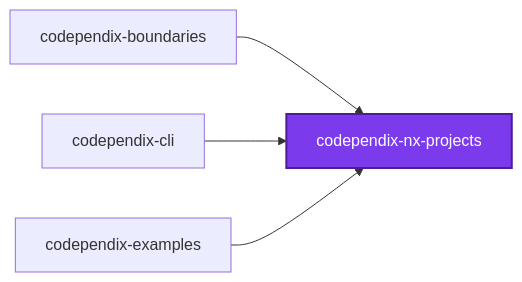
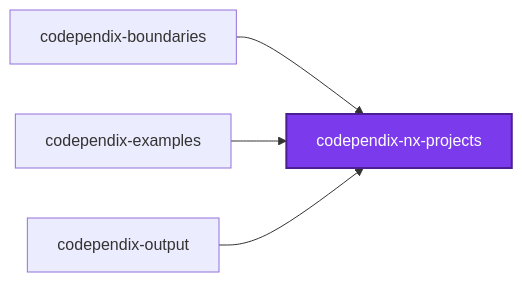
The first of 3 diagrams in packages/ic-suite/codependix/codependix-nx-projects/README.md (JimmyPaolini/codebase), drawn with Mermaid before and after one commit. The commit also changed 16 other files, not shown here.

Commit message:
refactor(codependix): ♻️ measure the moved size limits and regenerate the module graphs

````diff
--- a/packages/ic-suite/codependix/codependix-nx-projects/README.md
+++ b/packages/ic-suite/codependix/codependix-nx-projects/README.md
@@ -14,12 +14,12 @@
 ```mermaid
 graph LR
   codependix_boundaries["codependix-boundaries"]
-  codependix_cli["codependix-cli"]
   codependix_examples["codependix-examples"]
   codependix_nx_projects["codependix-nx-projects"]
+  codependix_output["codependix-output"]
   codependix_boundaries --> codependix_nx_projects
-  codependix_cli --> codependix_nx_projects
   codependix_examples --> codependix_nx_projects
+  codependix_output --> codependix_nx_projects
   classDef subject fill:#7c3aed,color:#fff,stroke:#4c1d95,stroke-width:2px
   class codependix_nx_projects subject
 ```
````
